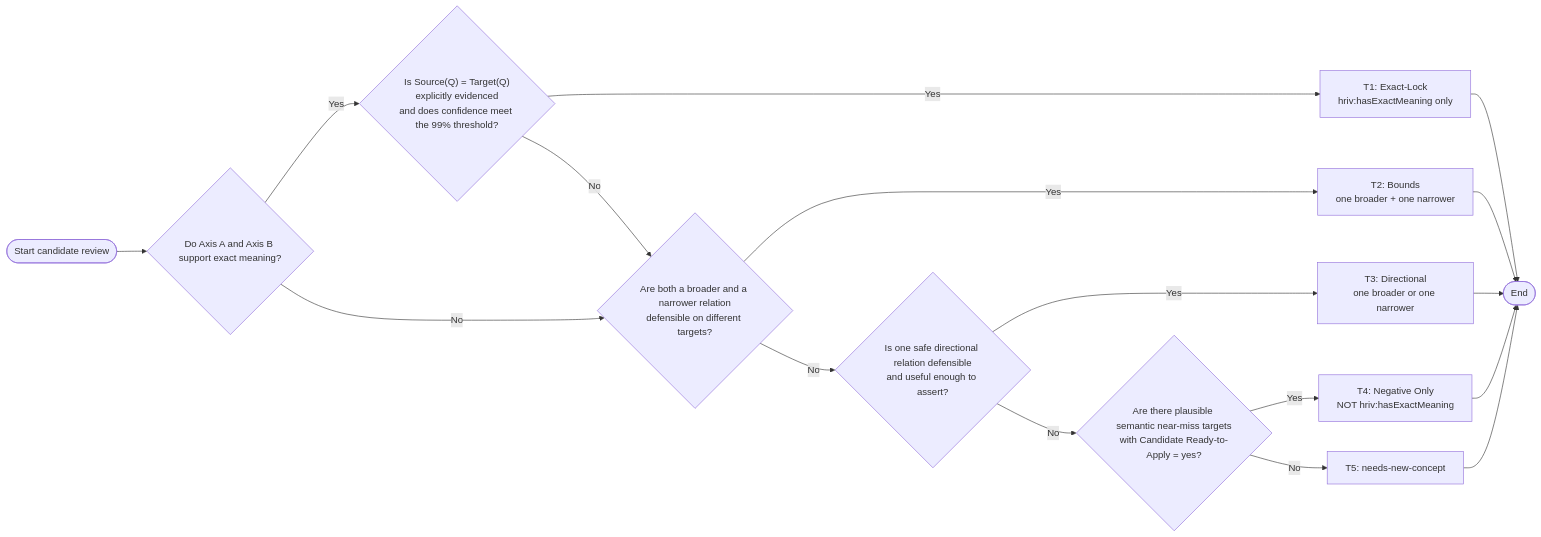
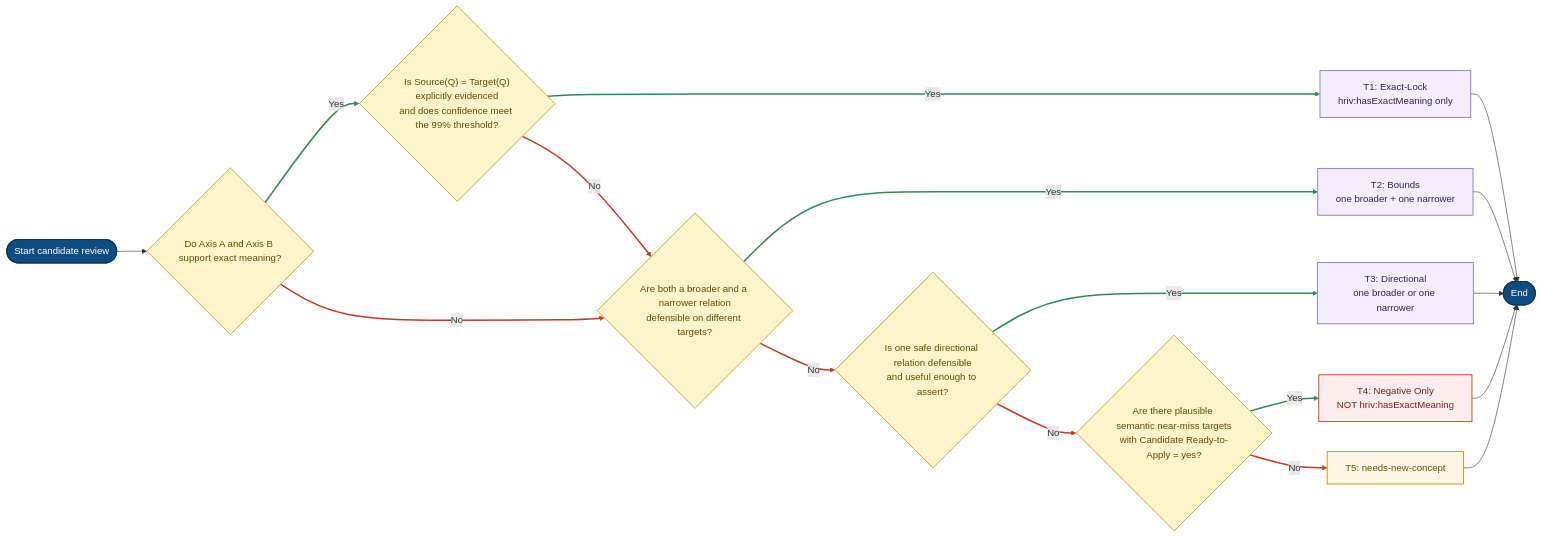
The third of 3 diagrams in docs/assistants/mapping-assistant.md (Health-RI/semantic-interoperability), drawn with Mermaid before and after one commit. The commit also changed other lines of this file and 1 other file, not shown here.

First line of the commit message:
docs(mapping-assistant): enhance diagram styling and add news entry

````diff
--- a/docs/assistants/mapping-assistant.md
+++ b/docs/assistants/mapping-assistant.md
@@ -567,25 +608,48 @@
 ```mermaid
 flowchart LR
 
     A([Start candidate review]) --> B{"Do Axis A and Axis B support exact meaning?"}
     B -- Yes --> C{"Is Source(Q) = Target(Q)<br/>explicitly evidenced<br/>and does confidence meet the 99% threshold?"}
     B -- No --> D{"Are both a broader and a narrower relation<br/>defensible on different targets?"}
 
     C -- Yes --> E["T1: Exact-Lock<br/>hriv:hasExactMeaning only"]
     C -- No --> D
 
     D -- Yes --> F["T2: Bounds<br/>one broader + one narrower"]
     D -- No --> G{"Is one safe directional relation defensible<br/>and useful enough to assert?"}
 
     G -- Yes --> H["T3: Directional<br/>one broader or one narrower"]
     G -- No --> I{"Are there plausible semantic near-miss targets<br/>with Candidate Ready-to-Apply = yes?"}
 
     I -- Yes --> J["T4: Negative Only<br/>NOT hriv:hasExactMeaning"]
     I -- No --> K["T5: needs-new-concept"]
 
     E --> L([End])
     F --> L
     H --> L
     J --> L
     K --> L
+
+    classDef terminal fill:#0F4C81,stroke:#0B3558,color:#FFFFFF,stroke-width:2px;
+    classDef decision fill:#FFF4CC,stroke:#C9A227,color:#5F4B00,stroke-width:1.5px;
+    classDef output fill:#F3EEFF,stroke:#8A76C1,color:#2F244D,stroke-width:1.5px;
+    classDef negative fill:#FDEDEC,stroke:#C23B22,color:#6E2519,stroke-width:1.5px;
+    classDef alert fill:#FFF7E6,stroke:#D18B00,color:#6B4E00,stroke-width:1.5px;
+
+    class A,L terminal;
+    class B,C,D,G,I decision;
+    class E,F,H output;
+    class J negative;
+    class K alert;
+
+    linkStyle 1 stroke:#2E8B57,stroke-width:2.5px;
+    linkStyle 2 stroke:#C23B22,stroke-width:2.5px;
+    linkStyle 3 stroke:#2E8B57,stroke-width:2.5px;
+    linkStyle 4 stroke:#C23B22,stroke-width:2.5px;
+    linkStyle 5 stroke:#2E8B57,stroke-width:2.5px;
+    linkStyle 6 stroke:#C23B22,stroke-width:2.5px;
+    linkStyle 7 stroke:#2E8B57,stroke-width:2.5px;
+    linkStyle 8 stroke:#C23B22,stroke-width:2.5px;
+    linkStyle 9 stroke:#2E8B57,stroke-width:2.5px;
+    linkStyle 10 stroke:#C23B22,stroke-width:2.5px;
 ```
````
